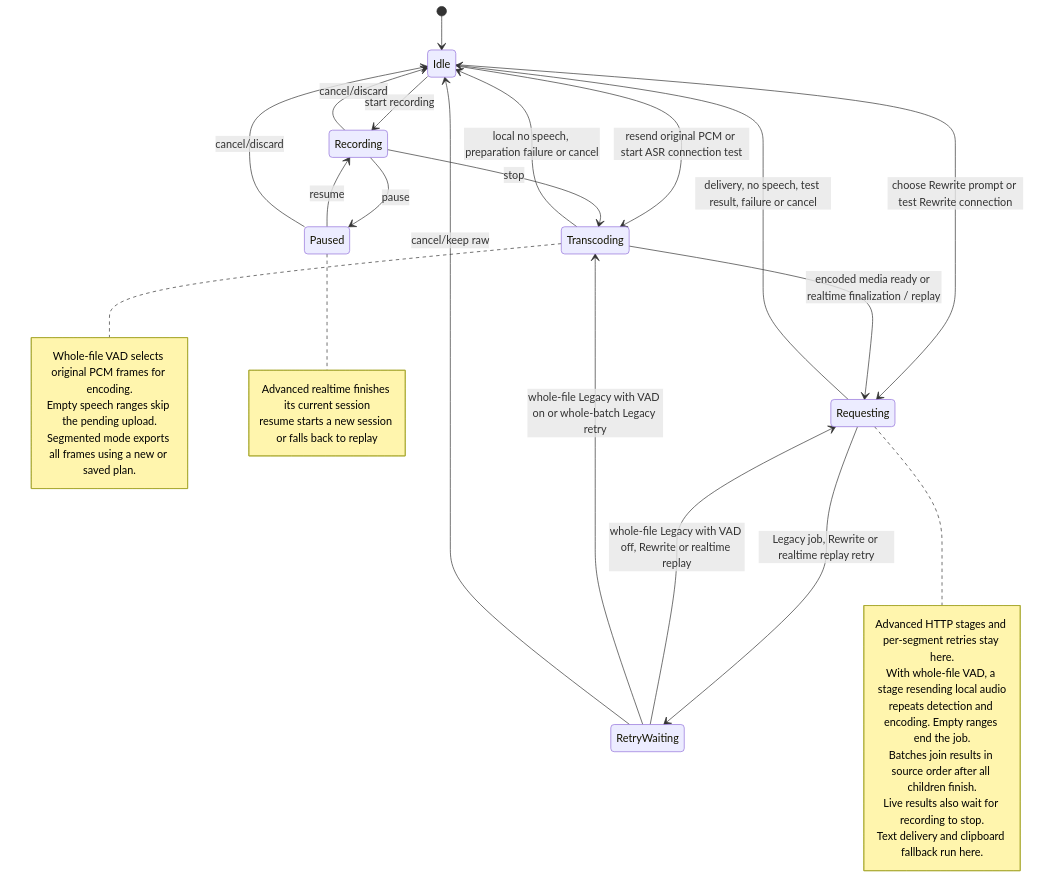
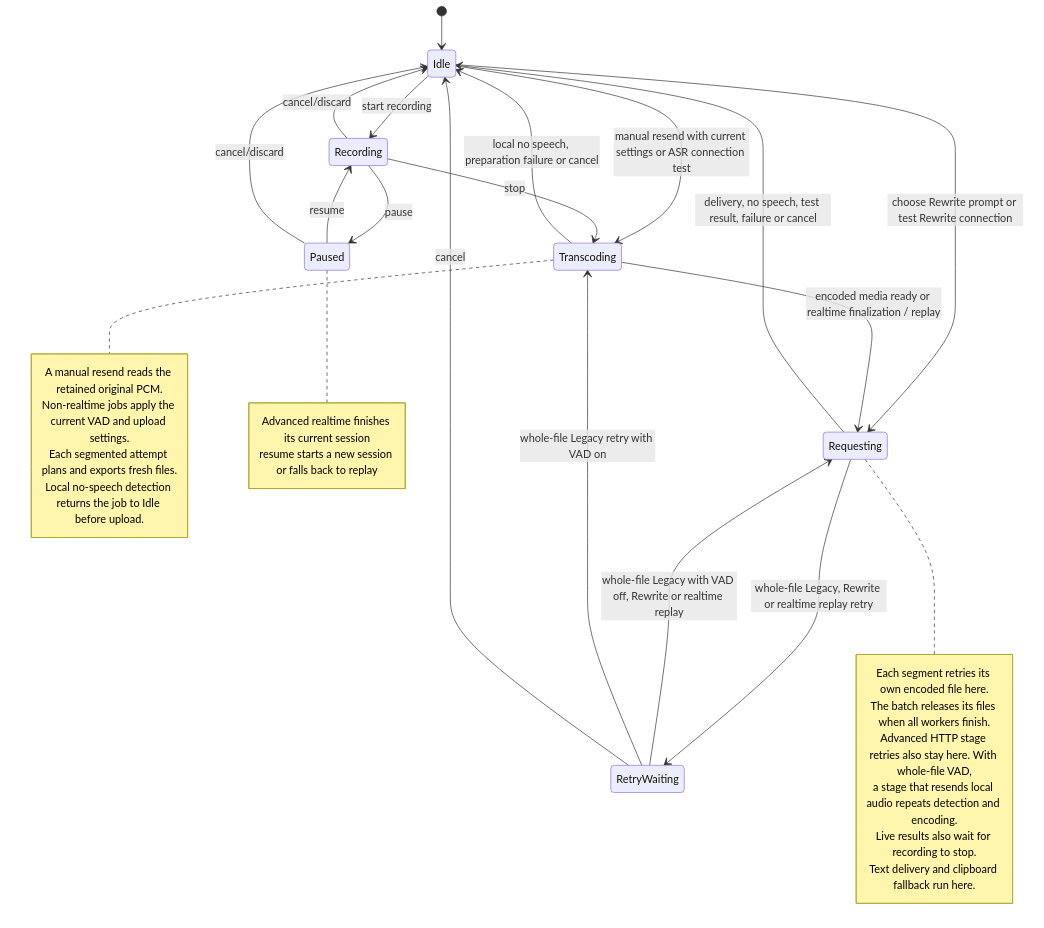
Before and after one commit to Joey-Kot/Dictate-for-Android: the third of 4 diagrams in AGENTS.md, drawn with Mermaid. The commit also changed other lines of this file and 20 other files, not shown here.

````diff
--- a/AGENTS.md
+++ b/AGENTS.md
@@ -300,36 +316,37 @@
 ```mermaid
 stateDiagram-v2
   [*] --> Idle
   Idle --> Recording: start recording
-  Idle --> Transcoding: resend original PCM or start ASR connection test
+  Idle --> Transcoding: manual resend with current settings or ASR connection test
   Idle --> Requesting: choose Rewrite prompt or test Rewrite connection
   Recording --> Paused: pause
   Paused --> Recording: resume
   Recording --> Transcoding: stop
   Transcoding --> Requesting: encoded media ready or realtime finalization / replay
-  Requesting --> RetryWaiting: Legacy job, Rewrite or realtime replay retry
+  Requesting --> RetryWaiting: whole-file Legacy, Rewrite or realtime replay retry
   RetryWaiting --> Requesting: whole-file Legacy with VAD off, Rewrite or realtime replay
-  RetryWaiting --> Transcoding: whole-file Legacy with VAD on or whole-batch Legacy retry
+  RetryWaiting --> Transcoding: whole-file Legacy retry with VAD on
   Transcoding --> Idle: local no speech, preparation failure or cancel
   Requesting --> Idle: delivery, no speech, test result, failure or cancel
   Recording --> Idle: cancel/discard
   Paused --> Idle: cancel/discard
-  RetryWaiting --> Idle: cancel/keep raw
+  RetryWaiting --> Idle: cancel
   note right of Requesting
-    Advanced HTTP stages and per-segment retries stay here.
-    With whole-file VAD, a stage resending local audio
-    repeats detection and encoding. Empty ranges end the job.
-    Batches join results in source order after all children finish.
+    Each segment retries its own encoded file here.
+    The batch releases its files when all workers finish.
+    Advanced HTTP stage retries also stay here. With whole-file VAD,
+    a stage that resends local audio repeats detection and encoding.
     Live results also wait for recording to stop.
     Text delivery and clipboard fallback run here.
   end note
   note right of Transcoding
-    Whole-file VAD selects original PCM frames for encoding.
-    Empty speech ranges skip the pending upload.
-    Segmented mode exports all frames using a new or saved plan.
+    A manual resend reads the retained original PCM.
+    Non-realtime jobs apply the current VAD and upload settings.
+    Each segmented attempt plans and exports fresh files.
+    Local no-speech detection returns the job to Idle before upload.
   end note
   note right of Paused
     Advanced realtime finishes its current session
     resume starts a new session or falls back to replay
   end note
 ```
````
